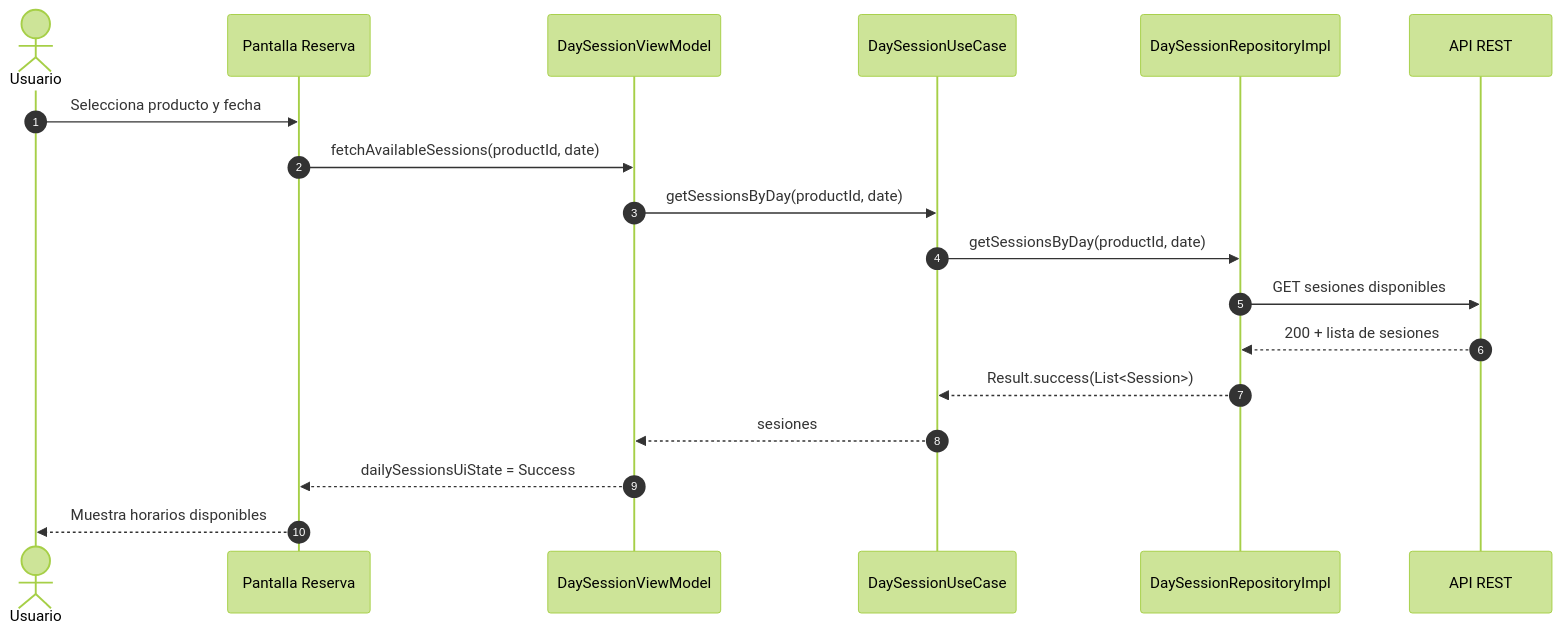
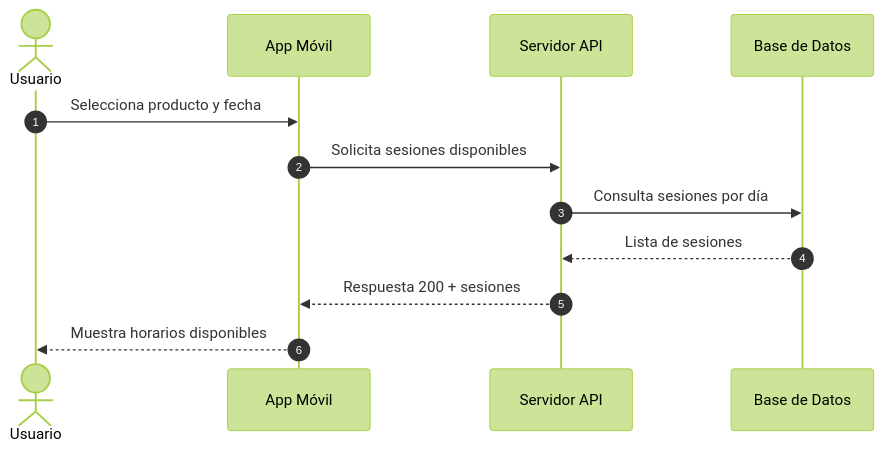
Before and after one commit to asobrados03/HumanPerformApp: the third of 12 diagrams in docs/SEQUENCE_DIAGRAMS.md, drawn with Mermaid (forest theme). The commit also changed other lines of this file, not shown here.

Commit message:
Ajustar diagrama de métodos de pago para usar Stripe

````diff
--- a/docs/SEQUENCE_DIAGRAMS.md
+++ b/docs/SEQUENCE_DIAGRAMS.md
@@ -55,21 +45,15 @@
 ```mermaid
 sequenceDiagram
     autonumber
     actor U as Usuario
-    participant UI as Pantalla Reserva
-    participant VM as DaySessionViewModel
-    participant UC as DaySessionUseCase
-    participant REPO as DaySessionRepositoryImpl
-    participant API as API REST
+    participant APP as App Móvil
+    participant API as Servidor API
+    participant DB as Base de Datos
 
-    U->>UI: Selecciona producto y fecha
-    UI->>VM: fetchAvailableSessions(productId, date)
-    VM->>UC: getSessionsByDay(productId, date)
-    UC->>REPO: getSessionsByDay(productId, date)
-    REPO->>API: GET sesiones disponibles
-    API-->>REPO: 200 + lista de sesiones
-    REPO-->>UC: Result.success(List<Session>)
-    UC-->>VM: sesiones
-    VM-->>UI: dailySessionsUiState = Success
-    UI-->>U: Muestra horarios disponibles
+    U->>APP: Selecciona producto y fecha
+    APP->>API: Solicita sesiones disponibles
+    API->>DB: Consulta sesiones por día
+    DB-->>API: Lista de sesiones
+    API-->>APP: Respuesta 200 + sesiones
+    APP-->>U: Muestra horarios disponibles
 ```
````
